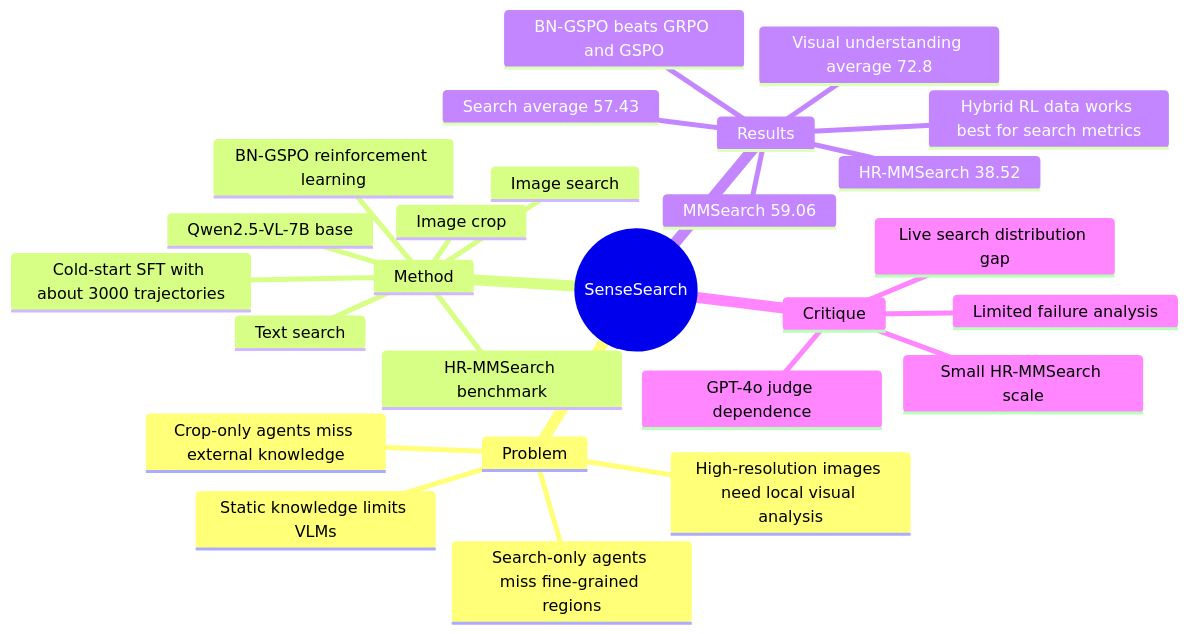
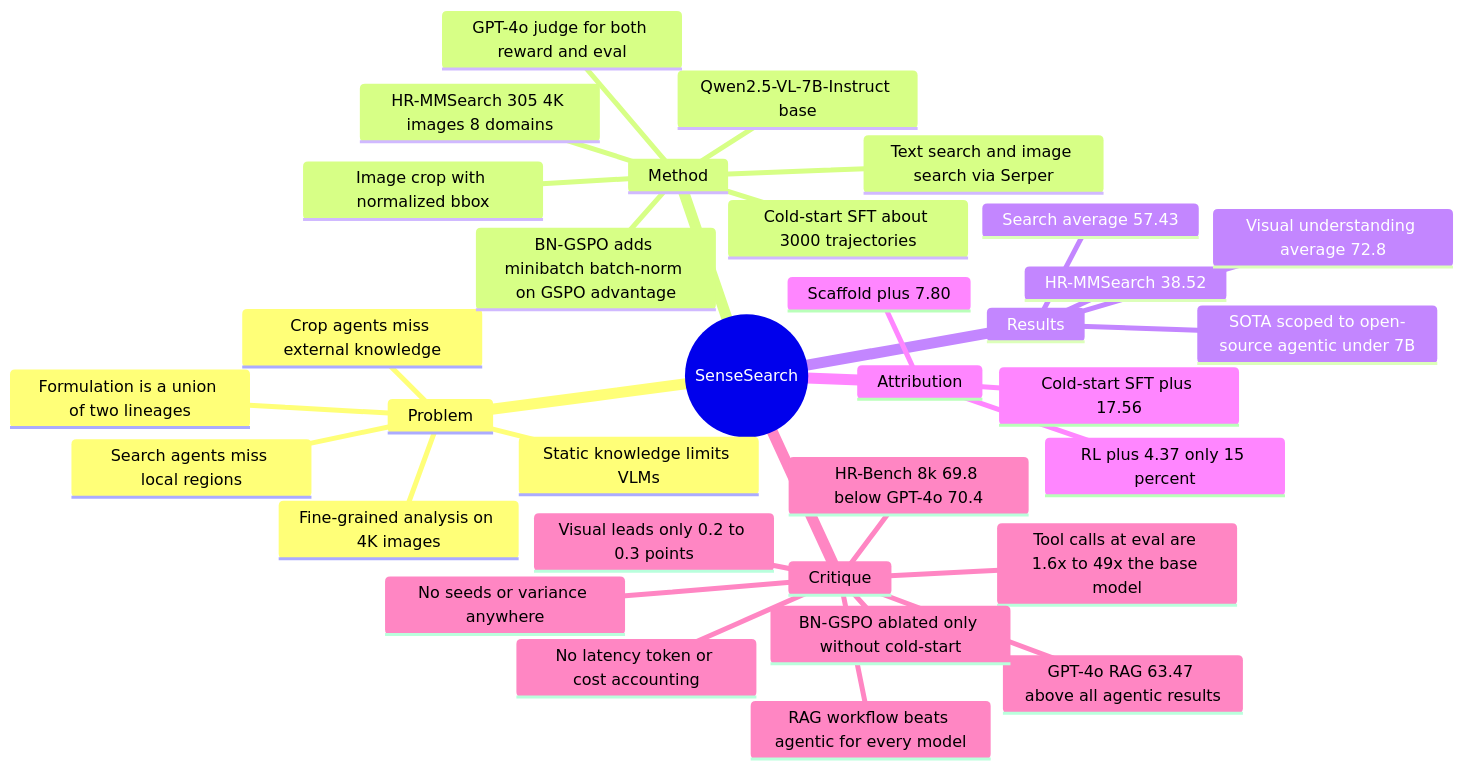
The diagram in Papers/2606-SenseSearch.md (Kendrick-Stein/MCISLAB_DeepRead), drawn with Mermaid before and after one commit. The commit also changed other lines of this file and 138 other files, not shown here.

````diff
--- a/Papers/2606-SenseSearch.md
+++ b/Papers/2606-SenseSearch.md
@@ -63,29 +106,36 @@
 ```mermaid
 mindmap
   root((SenseSearch))
     Problem
       Static knowledge limits VLMs
-      High-resolution images need local visual analysis
-      Search-only agents miss fine-grained regions
-      Crop-only agents miss external knowledge
+      Fine-grained analysis on 4K images
+      Search agents miss local regions
+      Crop agents miss external knowledge
+      Formulation is a union of two lineages
     Method
-      Qwen2.5-VL-7B base
-      Text search
-      Image search
-      Image crop
-      Cold-start SFT with about 3000 trajectories
-      BN-GSPO reinforcement learning
-      HR-MMSearch benchmark
+      Qwen2.5-VL-7B-Instruct base
+      Text search and image search via Serper
+      Image crop with normalized bbox
+      Cold-start SFT about 3000 trajectories
+      BN-GSPO adds minibatch batch-norm on GSPO advantage
+      GPT-4o judge for both reward and eval
+      HR-MMSearch 305 4K images 8 domains
     Results
       Search average 57.43
       HR-MMSearch 38.52
-      MMSearch 59.06
       Visual understanding average 72.8
-      BN-GSPO beats GRPO and GSPO
-      Hybrid RL data works best for search metrics
+      SOTA scoped to open-source agentic under 7B
+    Attribution
+      Scaffold plus 7.80
+      Cold-start SFT plus 17.56
+      RL plus 4.37 only 15 percent
     Critique
-      Small HR-MMSearch scale
-      GPT-4o judge dependence
-      Limited failure analysis
-      Live search distribution gap
+      RAG workflow beats agentic for every model
+      GPT-4o RAG 63.47 above all agentic results
+      Visual leads only 0.2 to 0.3 points
+      HR-Bench 8k 69.8 below GPT-4o 70.4
+      Tool calls at eval are 1.6x to 49x the base model
+      No latency token or cost accounting
+      BN-GSPO ablated only without cold-start
+      No seeds or variance anywhere
 ```
````
